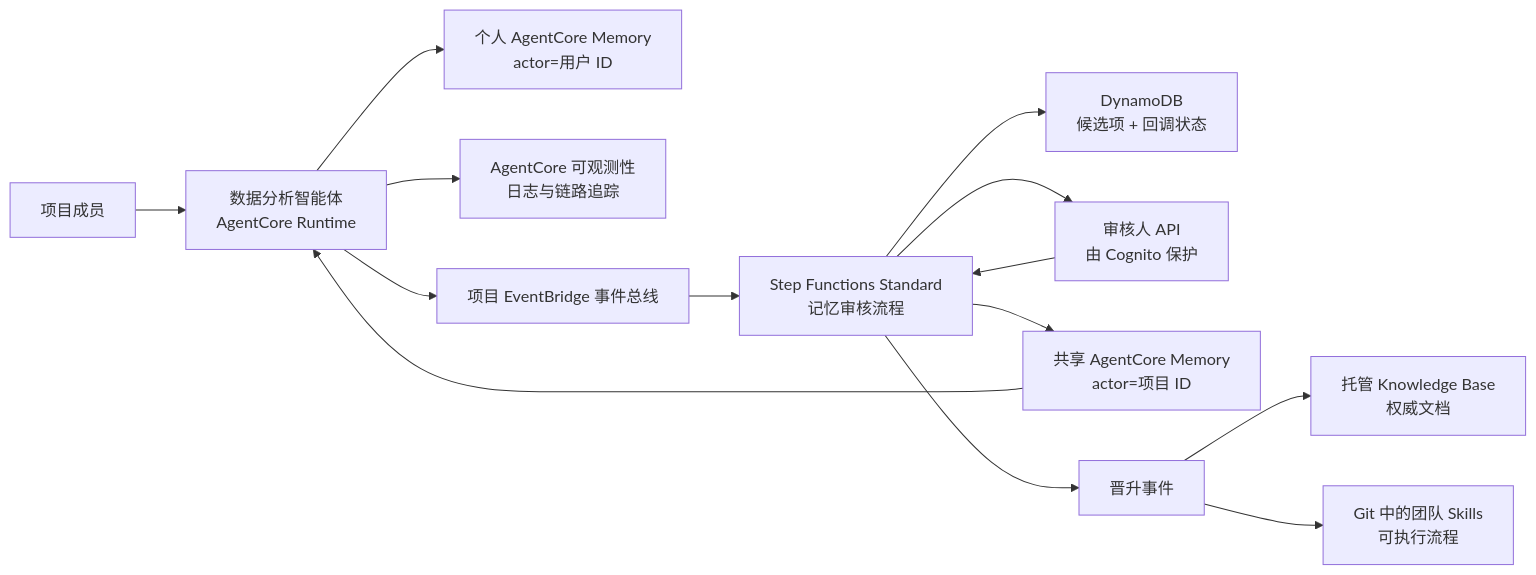
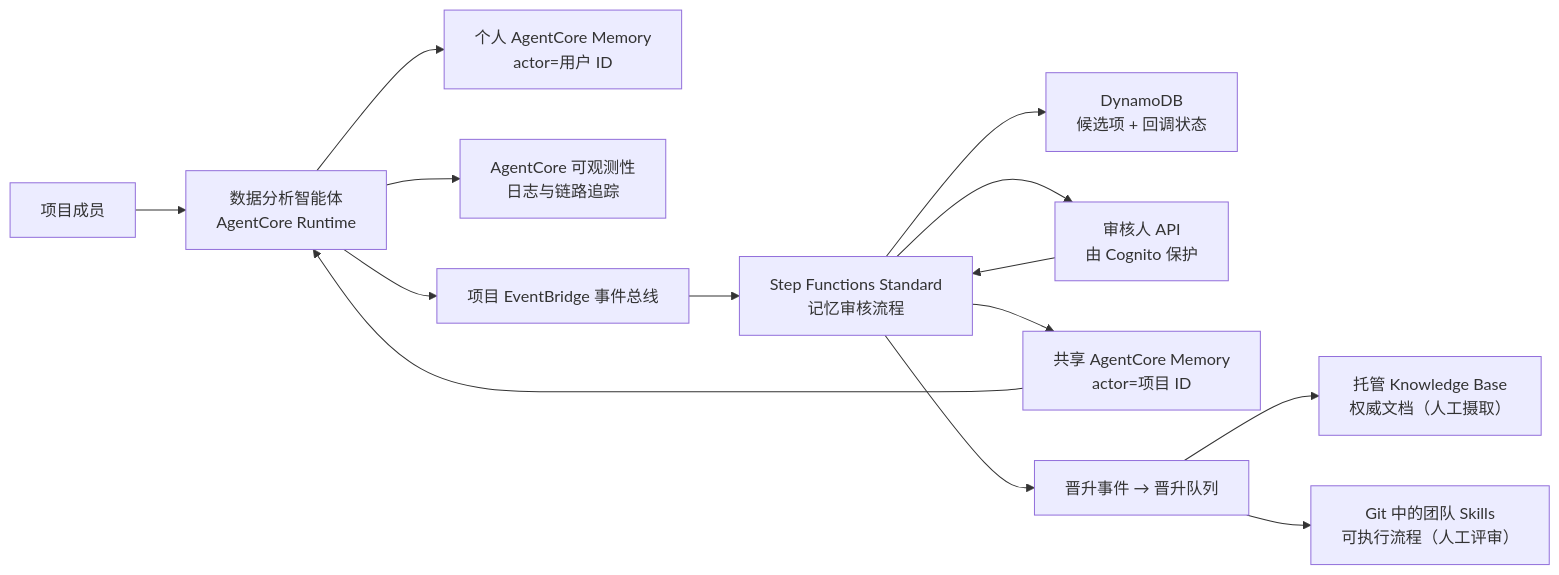
Before and after one commit to ericyanpek/agentcore-memory-blueprint: the diagram in README.md, drawn with Mermaid. The commit also changed 1 other file, not shown here.

Commit message:
Show promotion as a queue a human drains
The diagram's bare arrows to Knowledge Base and Skills read as automation. Both
destinations are outside this stack and both need a person.

````diff
--- a/README.md
+++ b/README.md
@@ -145,16 +145,16 @@
 ```mermaid
 flowchart LR
     U["项目成员"] --> A["数据分析智能体<br/>AgentCore Runtime"]
     A --> PM["个人 AgentCore Memory<br/>actor=用户 ID"]
     A --> O["AgentCore 可观测性<br/>日志与链路追踪"]
     A --> EB["项目 EventBridge 事件总线"]
     EB --> SF["Step Functions Standard<br/>记忆审核流程"]
     SF --> DDB["DynamoDB<br/>候选项 + 回调状态"]
     SF --> R["审核人 API<br/>由 Cognito 保护"]
     R --> SF
     SF --> SM["共享 AgentCore Memory<br/>actor=项目 ID"]
     SM --> A
-    SF --> P["晋升事件"]
-    P --> KB["托管 Knowledge Base<br/>权威文档"]
-    P --> SK["Git 中的团队 Skills<br/>可执行流程"]
+    SF --> P["晋升事件 → 晋升队列"]
+    P --> KB["托管 Knowledge Base<br/>权威文档（人工摄取）"]
+    P --> SK["Git 中的团队 Skills<br/>可执行流程（人工评审）"]
 ```
````
